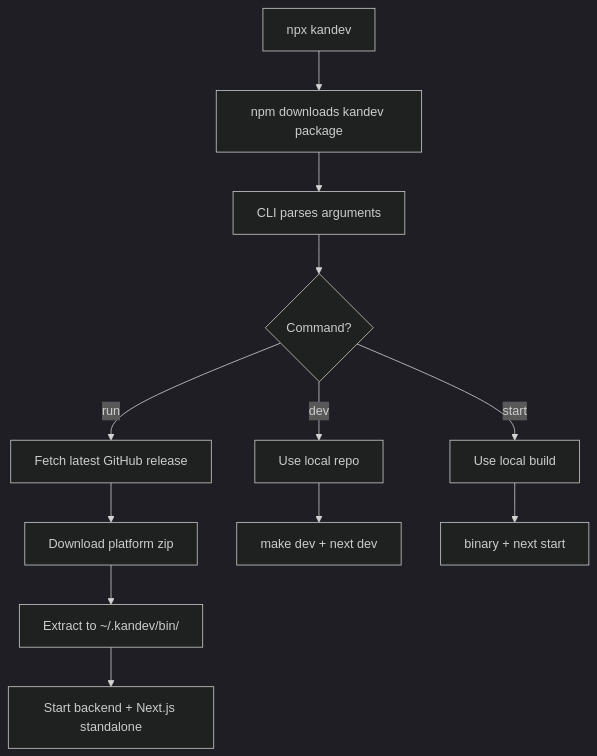
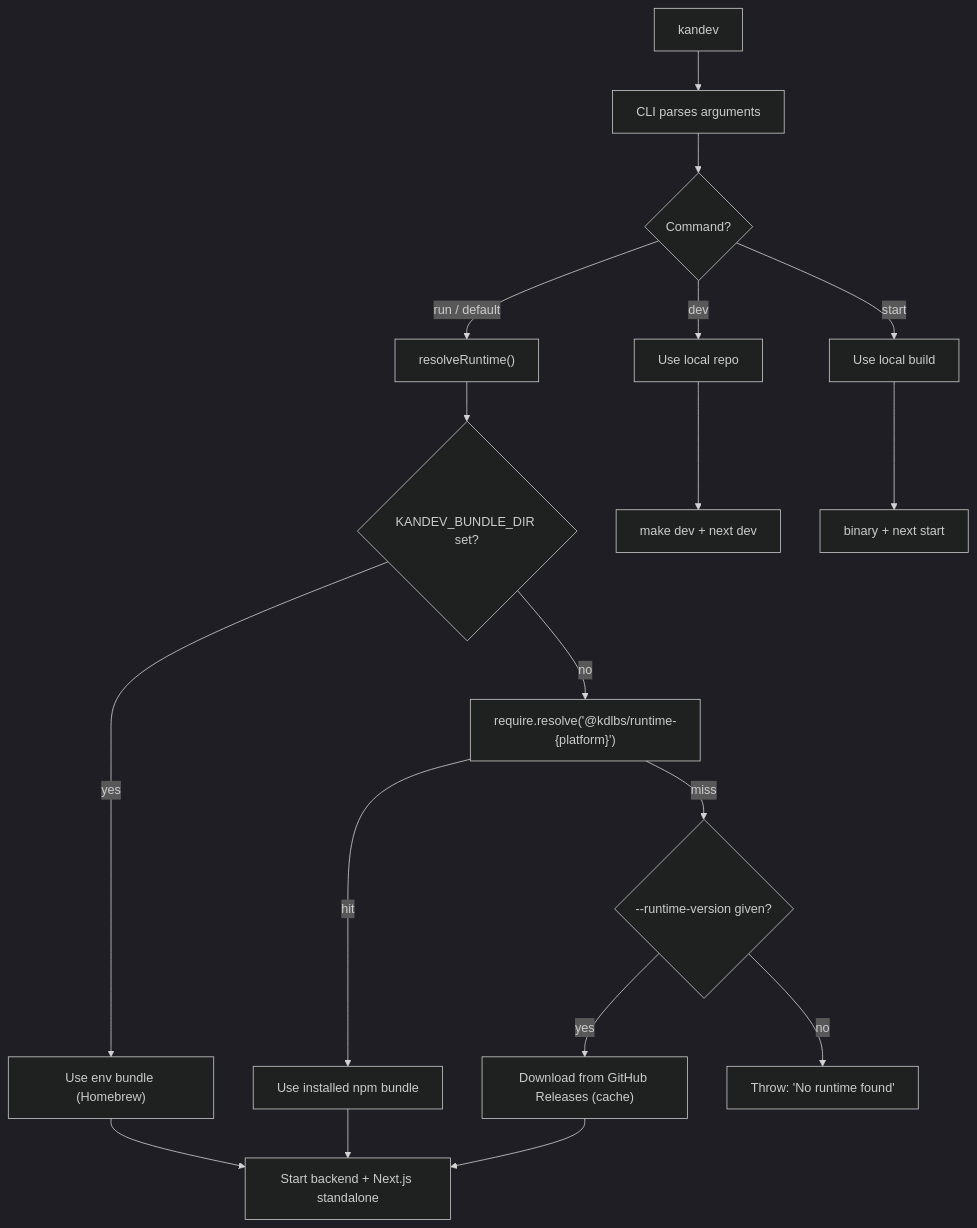
Before and after one commit to kdlbs/kandev: the diagram in apps/cli/README_internal.md, drawn with Mermaid (dark theme). The commit also changed other lines of this file and 4 other files, not shown here.

First line of the commit message:
docs: brew install, runtime resolution, and GHA-driven release flow

````diff
--- a/apps/cli/README_internal.md
+++ b/apps/cli/README_internal.md
@@ -5,18 +5,24 @@
 ```mermaid
 flowchart TD
-    A["npx kandev"] --> B["npm downloads kandev package"]
-    B --> C["CLI parses arguments"]
-    C --> D{"Command?"}
+    A["kandev"] --> B["CLI parses arguments"]
+    B --> C{"Command?"}
 
-    D -->|run| E["Fetch latest GitHub release"]
-    D -->|dev| F["Use local repo"]
-    D -->|start| G["Use local build"]
+    C -->|run / default| D["resolveRuntime()"]
+    C -->|dev| F["Use local repo"]
+    C -->|start| G["Use local build"]
 
-    E --> E1["Download platform zip"]
-    E1 --> E2["Extract to ~/.kandev/bin/"]
-    E2 --> E3["Start backend + Next.js standalone"]
+    D --> D1{"KANDEV_BUNDLE_DIR set?"}
+    D1 -->|yes| D2["Use env bundle (Homebrew)"]
+    D1 -->|no| D3["require.resolve('@kdlbs/runtime-{platform}')"]
+    D3 -->|hit| D4["Use installed npm bundle"]
+    D3 -->|miss| D5{"--runtime-version given?"}
+    D5 -->|yes| D6["Download from GitHub Releases (cache)"]
+    D5 -->|no| D7["Throw: 'No runtime found'"]
+
+    D2 --> E["Start backend + Next.js standalone"]
+    D4 --> E
+    D6 --> E
 
     F --> F1["make dev + next dev"]
-
     G --> G1["binary + next start"]
 ```
````
